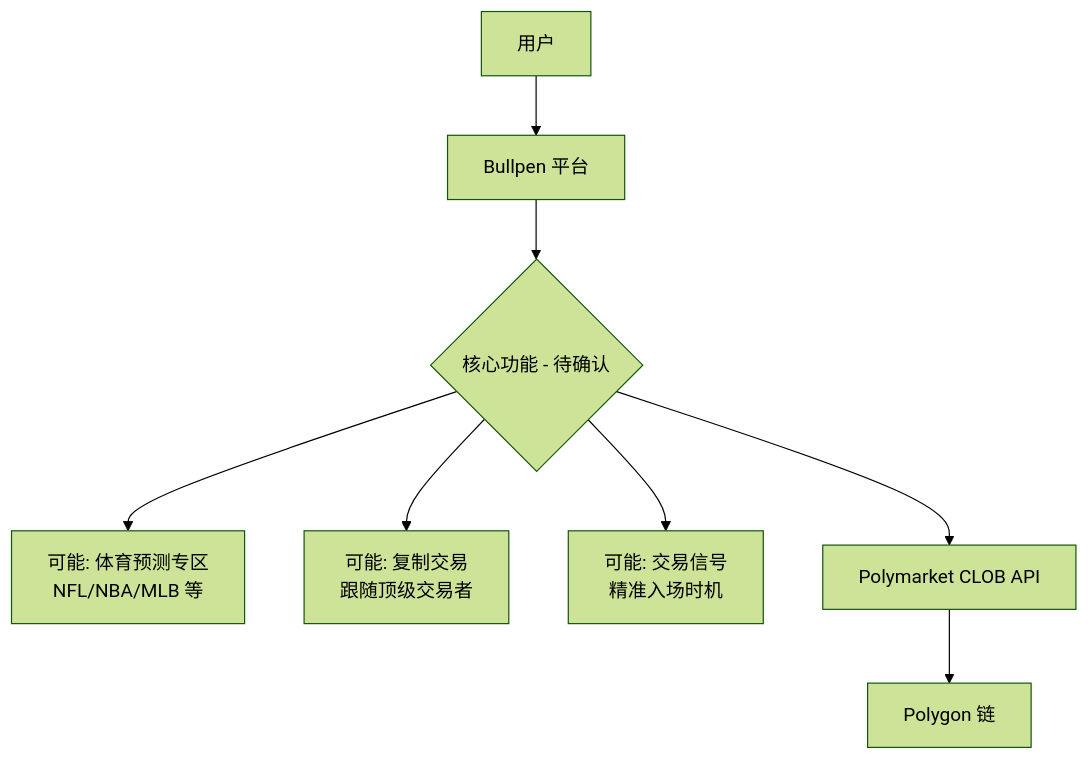
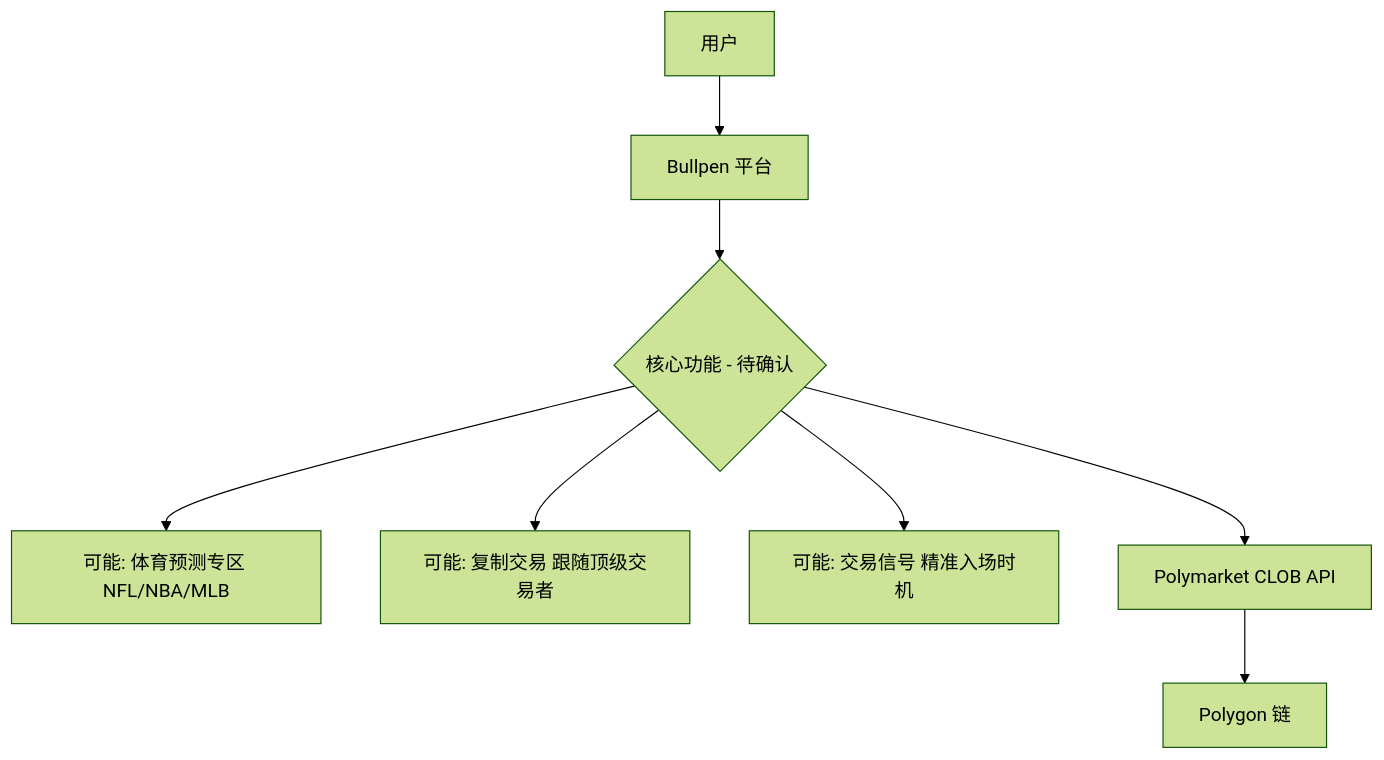
Before and after one commit to survivorff/polymarket_research: the first of 4 diagrams in research/09_bullpen/analysis.md, drawn with Mermaid (forest theme). The commit also changed 11 other files, not shown here.

First line of the commit message:
修复所有 Mermaid 语法错误，确保流程图可正常渲染

````diff
--- a/research/09_bullpen/analysis.md
+++ b/research/09_bullpen/analysis.md
@@ -42,10 +42,10 @@
 ```mermaid
 graph TD
     A[用户] --> B[Bullpen 平台]
     B --> C{核心功能 - 待确认}
-    C --> C1[可能: 体育预测专区\nNFL/NBA/MLB 等]
-    C --> C2[可能: 复制交易\n跟随顶级交易者]
-    C --> C3[可能: 交易信号\n精准入场时机]
+    C --> C1[可能: 体育预测专区 NFL/NBA/MLB]
+    C --> C2[可能: 复制交易 跟随顶级交易者]
+    C --> C3[可能: 交易信号 精准入场时机]
     C --> D[Polymarket CLOB API]
     D --> E[Polygon 链]
 ```
````
